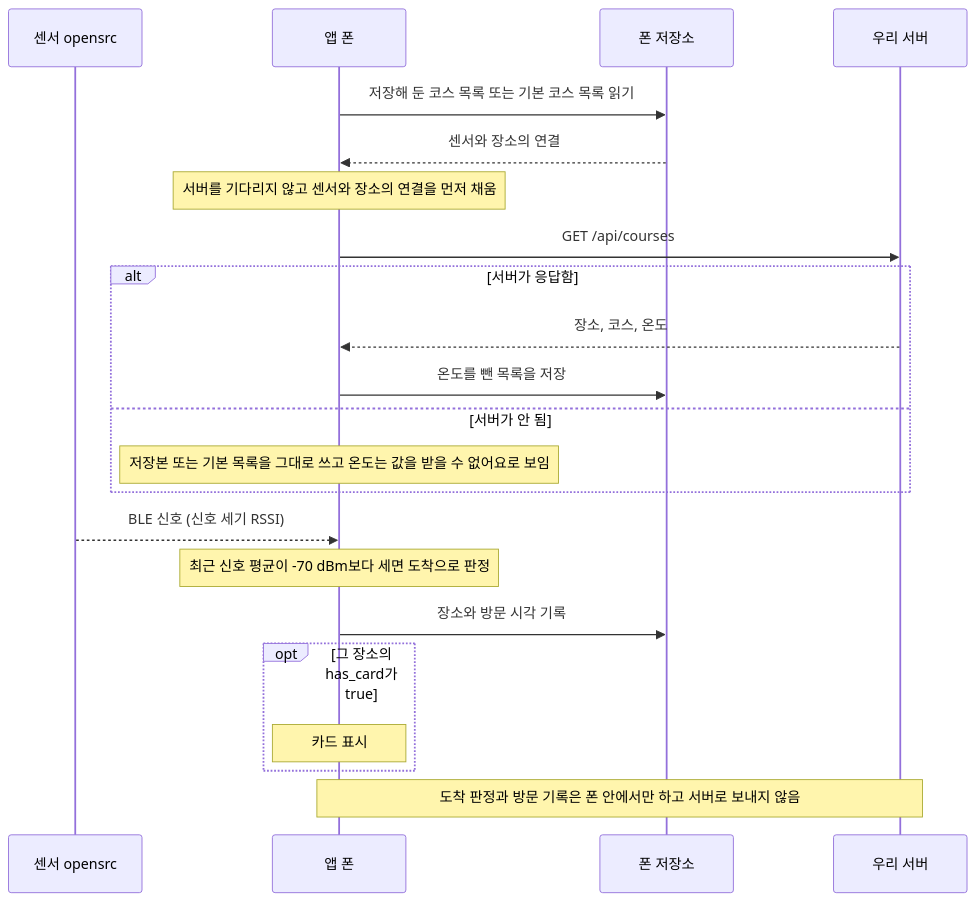
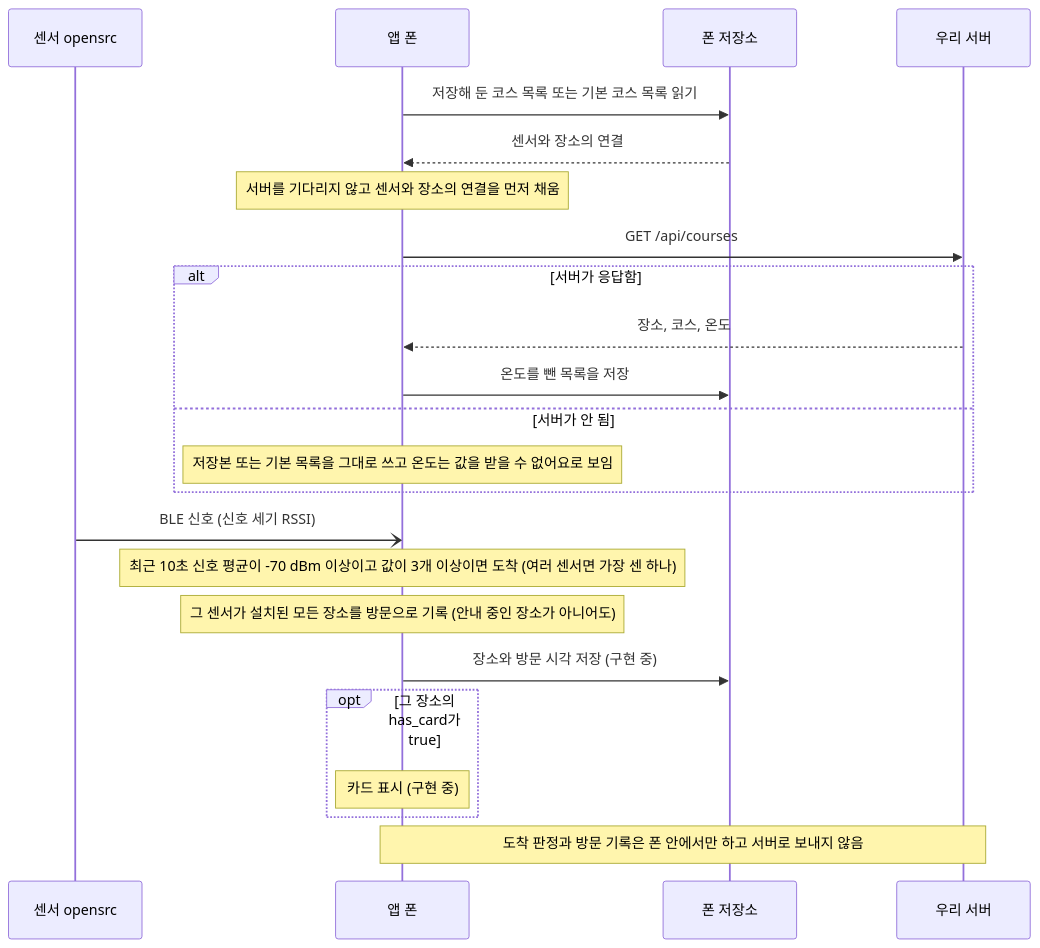
One commit to C-sewon/CampusTourGuide changed the fourth of 8 diagrams in docs/backend-design.md. Above: the diagram before and after it, drawn with Mermaid. The commit also changed other lines of this file and 2 other files, not shown here.

````diff
--- a/docs/backend-design.md
+++ b/docs/backend-design.md
@@ -103,25 +103,26 @@
 ```mermaid
 sequenceDiagram
     participant SN as 센서 opensrc
     participant APP as 앱 폰
     participant PH as 폰 저장소
     participant SRV as 우리 서버
 
     APP->>PH: 저장해 둔 코스 목록 또는 기본 코스 목록 읽기
     PH-->>APP: 센서와 장소의 연결
     Note over APP: 서버를 기다리지 않고 센서와 장소의 연결을 먼저 채움
     APP->>SRV: GET /api/courses
     alt 서버가 응답함
         SRV-->>APP: 장소, 코스, 온도
         APP->>PH: 온도를 뺀 목록을 저장
     else 서버가 안 됨
         Note over APP: 저장본 또는 기본 목록을 그대로 쓰고 온도는 값을 받을 수 없어요로 보임
     end
-    SN-->>APP: BLE 신호 (신호 세기 RSSI)
-    Note over APP: 최근 신호 평균이 -70 dBm보다 세면 도착으로 판정
-    APP->>PH: 장소와 방문 시각 기록
+    SN-)APP: BLE 신호 (신호 세기 RSSI)
+    Note over APP: 최근 10초 신호 평균이 -70 dBm 이상이고 값이 3개 이상이면 도착 (여러 센서면 가장 센 하나)
+    Note over APP: 그 센서가 설치된 모든 장소를 방문으로 기록 (안내 중인 장소가 아니어도)
+    APP->>PH: 장소와 방문 시각 저장 (구현 중)
     opt 그 장소의 has_card가 true
-        Note over APP: 카드 표시
+        Note over APP: 카드 표시 (구현 중)
     end
     Note over APP,SRV: 도착 판정과 방문 기록은 폰 안에서만 하고 서버로 보내지 않음
 ```
````
